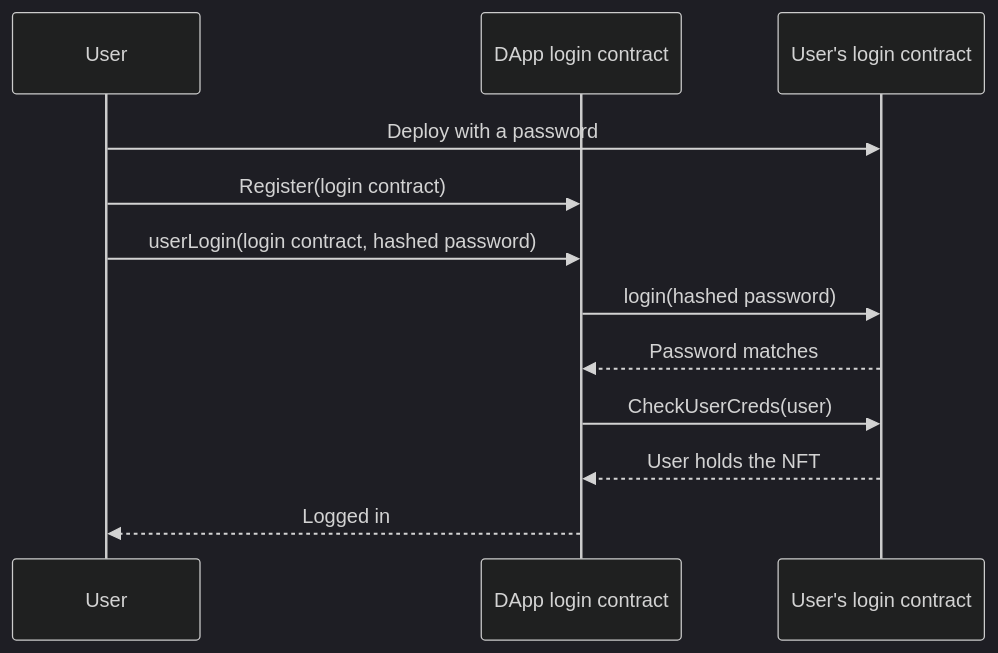
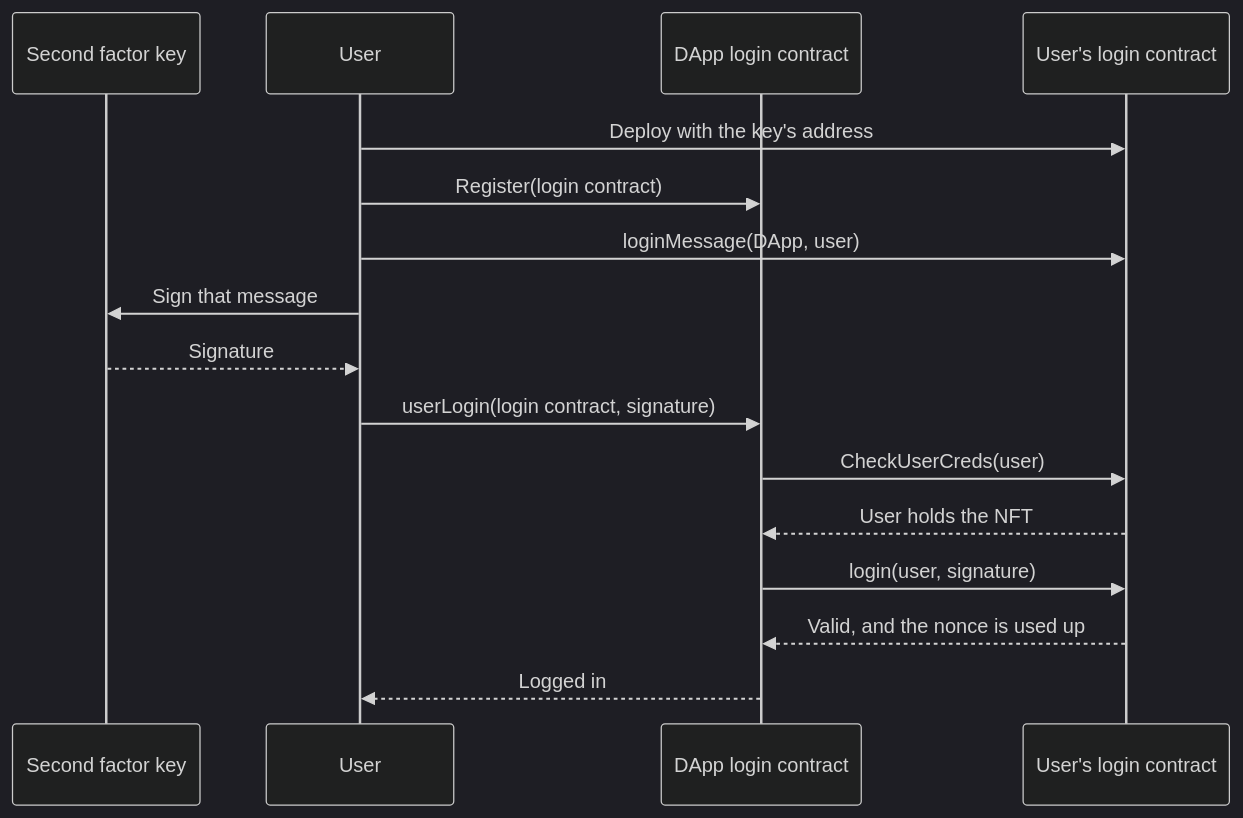
The diagram in README.md (CoinClubQuincy/LoginMFAContract), drawn with Mermaid (dark theme) before and after one commit. The commit also changed other lines of this file and 370 other files, not shown here.

First line of the commit message:
Replace the public password with a signed second factor

````diff
--- a/README.md
+++ b/README.md
@@ -21,14 +21,18 @@
 ```mermaid
 sequenceDiagram
+    participant K as Second factor key
     participant U as User
     participant D as DApp login contract
     participant L as User's login contract
-    U->>L: Deploy with a password
+    U->>L: Deploy with the key's address
     U->>D: Register(login contract)
-    U->>D: userLogin(login contract, hashed password)
-    D->>L: login(hashed password)
-    L-->>D: Password matches
+    U->>L: loginMessage(DApp, user)
+    U->>K: Sign that message
+    K-->>U: Signature
+    U->>D: userLogin(login contract, signature)
     D->>L: CheckUserCreds(user)
     L-->>D: User holds the NFT
+    D->>L: login(user, signature)
+    L-->>D: Valid, and the nonce is used up
     D-->>U: Logged in
 ```
````
